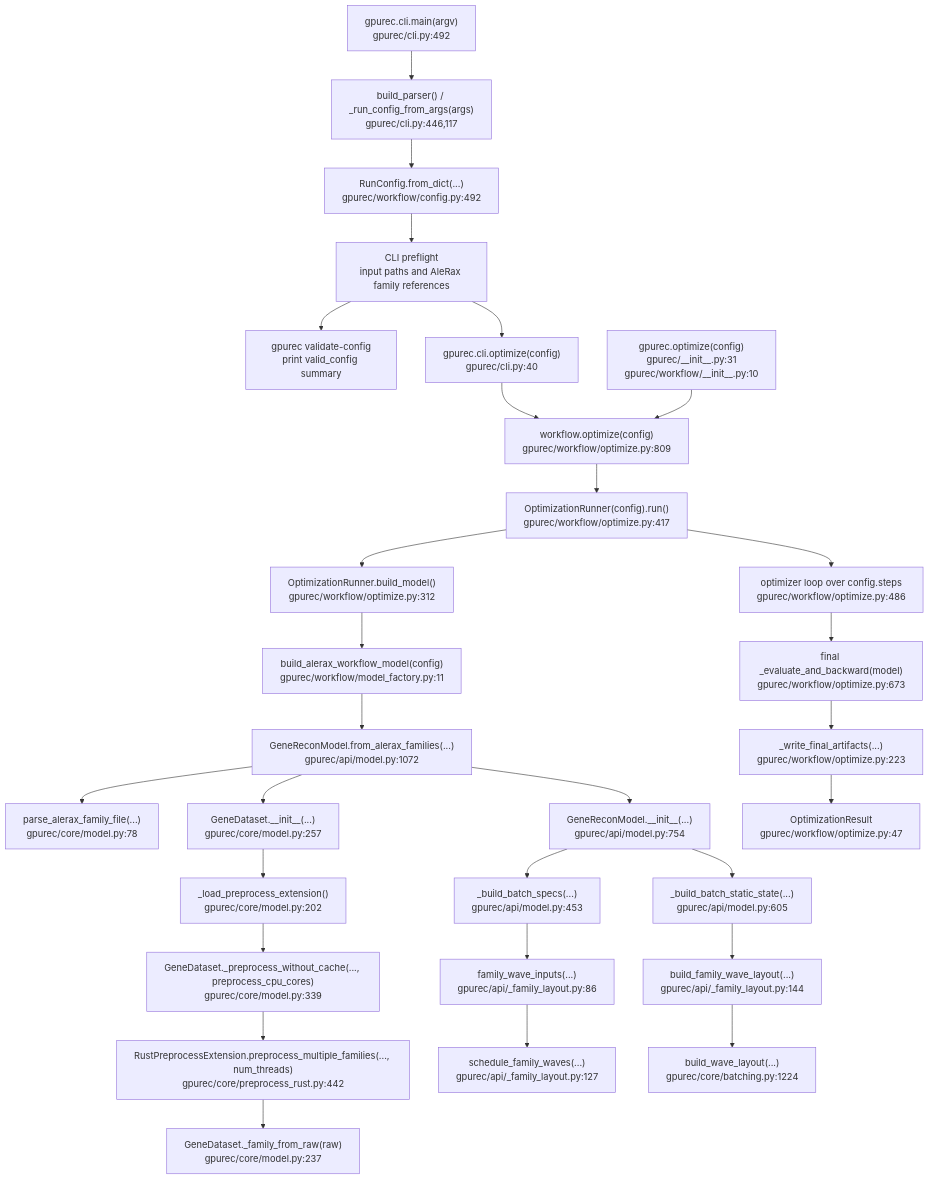
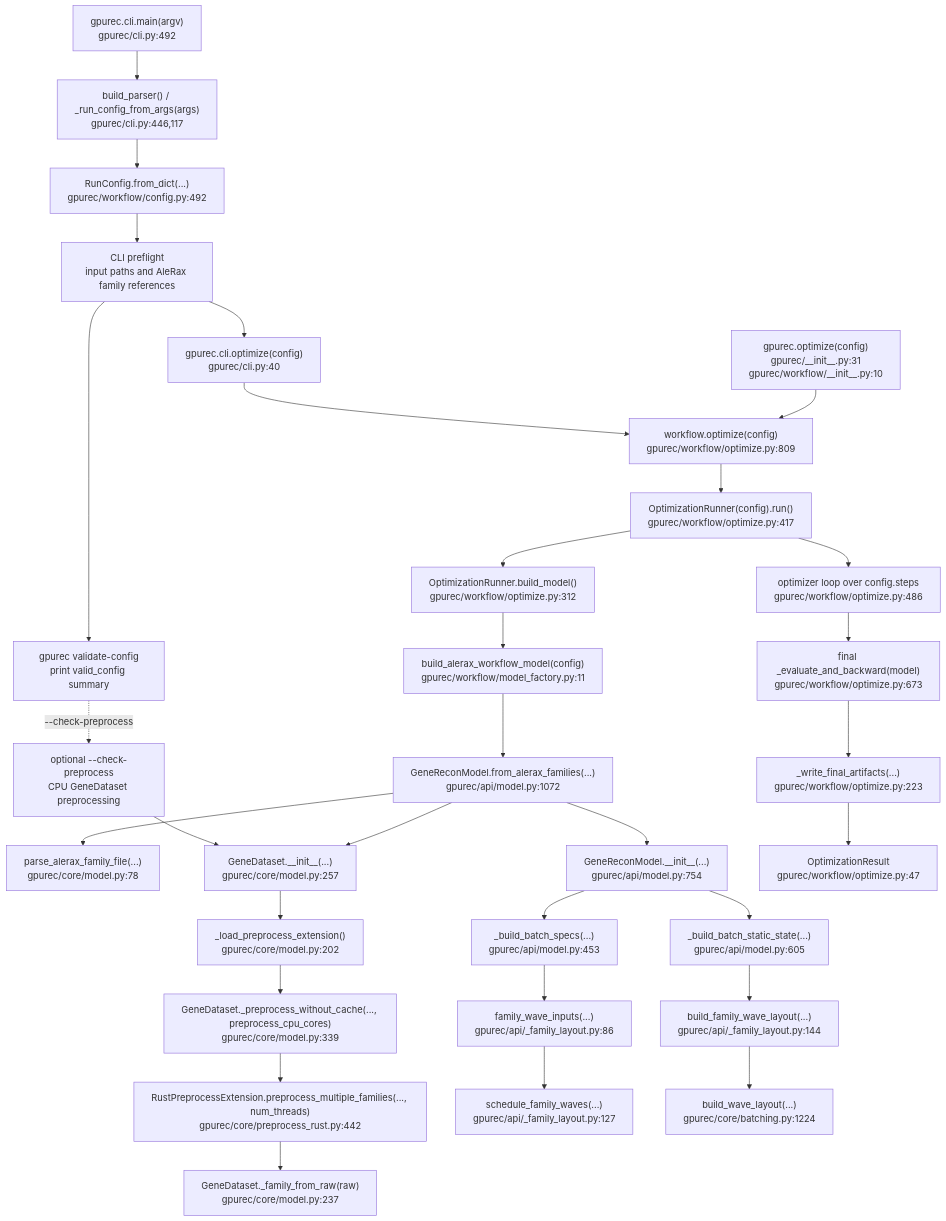
Before and after one commit to SisyphusMountain/gpurec: the first of 3 diagrams in docs/optimization-workflow-call-graph.md, drawn with Mermaid. The commit also changed other lines of this file and 12 other files, not shown here.

````diff
--- a/docs/optimization-workflow-call-graph.md
+++ b/docs/optimization-workflow-call-graph.md
@@ -12,49 +12,52 @@
 ```mermaid
 flowchart TD
   CLI["gpurec.cli.main(argv)<br/>gpurec/cli.py:492"]
   Parser["build_parser() / _run_config_from_args(args)<br/>gpurec/cli.py:446,117"]
   Config["RunConfig.from_dict(...)<br/>gpurec/workflow/config.py:492"]
   Preflight["CLI preflight<br/>input paths and AleRax family references"]
   ValidateConfig["gpurec validate-config<br/>print valid_config summary"]
+  CheckPreprocess["optional --check-preprocess<br/>CPU GeneDataset preprocessing"]
   CLIOptimize["gpurec.cli.optimize(config)<br/>gpurec/cli.py:40"]
   PyAPI["gpurec.optimize(config)<br/>gpurec/__init__.py:31<br/>gpurec/workflow/__init__.py:10"]
   Optimize["workflow.optimize(config)<br/>gpurec/workflow/optimize.py:809"]
   Runner["OptimizationRunner(config).run()<br/>gpurec/workflow/optimize.py:417"]
 
   BuildModel["OptimizationRunner.build_model()<br/>gpurec/workflow/optimize.py:312"]
   ModelFactory["build_alerax_workflow_model(config)<br/>gpurec/workflow/model_factory.py:11"]
   FromFamilies["GeneReconModel.from_alerax_families(...)<br/>gpurec/api/model.py:1072"]
   ParseFamilies["parse_alerax_family_file(...)<br/>gpurec/core/model.py:78"]
   Dataset["GeneDataset.__init__(...)<br/>gpurec/core/model.py:257"]
   LoadExt["_load_preprocess_extension()<br/>gpurec/core/model.py:202"]
   Preprocess["GeneDataset._preprocess_without_cache(..., preprocess_cpu_cores)<br/>gpurec/core/model.py:339"]
   RustPreprocess["RustPreprocessExtension.preprocess_multiple_families(..., num_threads)<br/>gpurec/core/preprocess_rust.py:442"]
   FamilyRaw["GeneDataset._family_from_raw(raw)<br/>gpurec/core/model.py:237"]
 
   ModelInit["GeneReconModel.__init__(...)<br/>gpurec/api/model.py:754"]
   BatchSpecs["_build_batch_specs(...)<br/>gpurec/api/model.py:453"]
   FamilyInputs["family_wave_inputs(...)<br/>gpurec/api/_family_layout.py:86"]
   Schedule["schedule_family_waves(...)<br/>gpurec/api/_family_layout.py:127"]
   BuildStatic["_build_batch_static_state(...)<br/>gpurec/api/model.py:605"]
   BuildLayout["build_family_wave_layout(...)<br/>gpurec/api/_family_layout.py:144"]
   WaveLayout["build_wave_layout(...)<br/>gpurec/core/batching.py:1224"]
 
   OptimizerLoop["optimizer loop over config.steps<br/>gpurec/workflow/optimize.py:486"]
   FinalEval["final _evaluate_and_backward(model)<br/>gpurec/workflow/optimize.py:673"]
   FinalArtifacts["_write_final_artifacts(...)<br/>gpurec/workflow/optimize.py:223"]
   Result["OptimizationResult<br/>gpurec/workflow/optimize.py:47"]
 
   CLI --> Parser --> Config --> Preflight
   Preflight --> ValidateConfig
+  ValidateConfig -. "--check-preprocess" .-> CheckPreprocess
+  CheckPreprocess --> Dataset
   Preflight --> CLIOptimize --> Optimize
   PyAPI --> Optimize
   Optimize --> Runner
   Runner --> BuildModel --> ModelFactory --> FromFamilies
   FromFamilies --> ParseFamilies
   FromFamilies --> Dataset
   Dataset --> LoadExt --> Preprocess --> RustPreprocess --> FamilyRaw
   FromFamilies --> ModelInit
   ModelInit --> BatchSpecs --> FamilyInputs --> Schedule
   ModelInit --> BuildStatic --> BuildLayout --> WaveLayout
   Runner --> OptimizerLoop --> FinalEval --> FinalArtifacts --> Result
 ```
````
